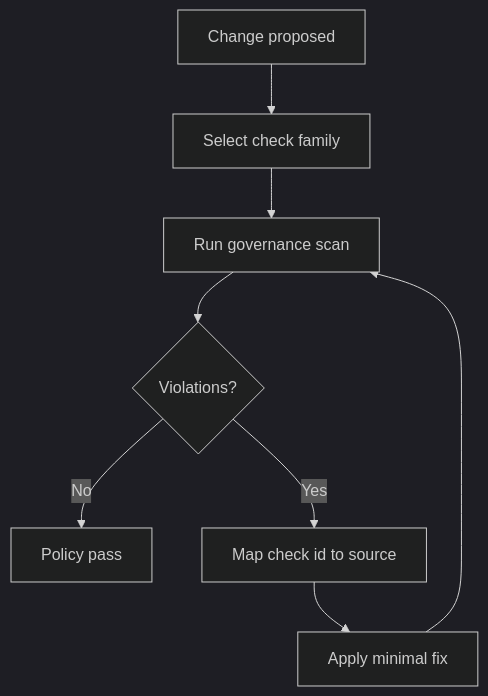
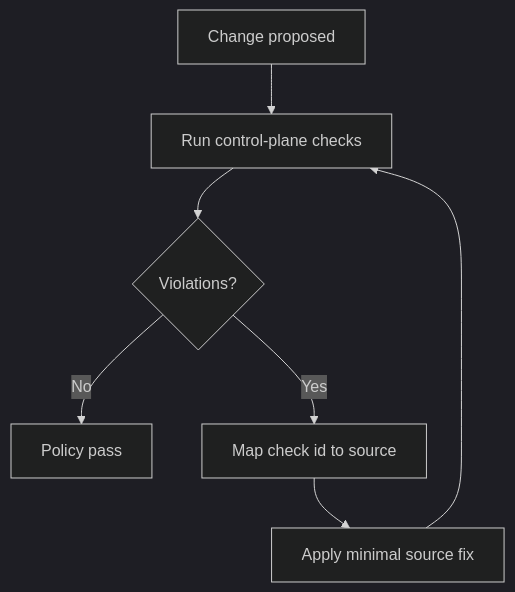
Before and after one commit to jonruttan/data-contracts: the diagram in docs/book/70_governance_and_quality.md, drawn with Mermaid (dark theme). The commit also changed other lines of this file and 134 other files, not shown here.

Commit message:
refactor: enforce zero-legacy control-plane hard cut

````diff
--- a/docs/book/70_governance_and_quality.md
+++ b/docs/book/70_governance_and_quality.md
@@ -49,10 +47,9 @@
 ```mermaid
 flowchart TD
-  A[Change proposed] --> B[Select check family]
-  B --> C[Run governance scan]
-  C --> D{Violations?}
-  D -->|No| E[Policy pass]
-  D -->|Yes| F[Map check id to source]
-  F --> G[Apply minimal fix]
-  G --> C
+  A[Change proposed] --> B[Run control-plane checks]
+  B --> C{Violations?}
+  C -->|No| D[Policy pass]
+  C -->|Yes| E[Map check id to source]
+  E --> F[Apply minimal source fix]
+  F --> B
 ```
````
